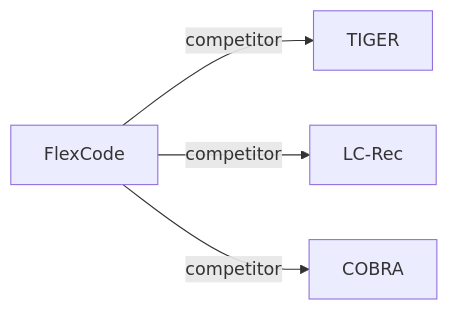
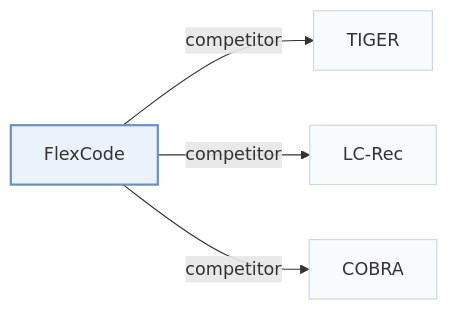
Before and after one commit to Galaxy-ghost/Awesome-SID-Generative-Rec: the second of 2 diagrams in pages/papers/flexcode.md, drawn with Mermaid. The commit also changed other lines of this file and 649 other files, not shown here.

Commit message:
writer-05: also tags and modality index (schema, check, build, visuals); summary field removed; calibration data for 12 papers

````diff
--- a/pages/papers/flexcode.md
+++ b/pages/papers/flexcode.md
@@ -68,7 +72,11 @@
 ```mermaid
 flowchart LR
     P["FlexCode"]
-    P -->|competitor| A["TIGER"]
-    P -->|competitor| B["LC-Rec"]
-    P -->|competitor| C["COBRA"]
+    P -->|"competitor"| A["TIGER"]
+    P -->|"competitor"| B["LC-Rec"]
+    P -->|"competitor"| C["COBRA"]
+    classDef main fill:#eaf2fb,stroke:#6b8fc7,stroke-width:2px
+    classDef peer fill:#f8fafc,stroke:#cbd5e1
+    class P main
+    class A,B,C peer
 ```
````
